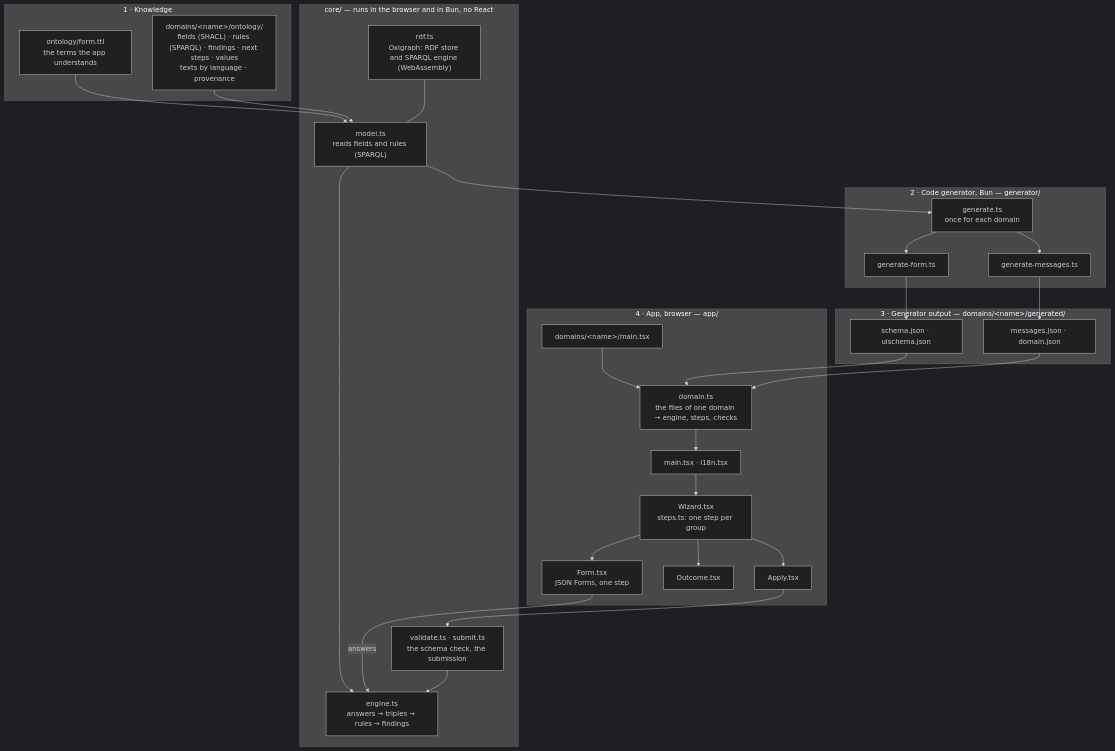
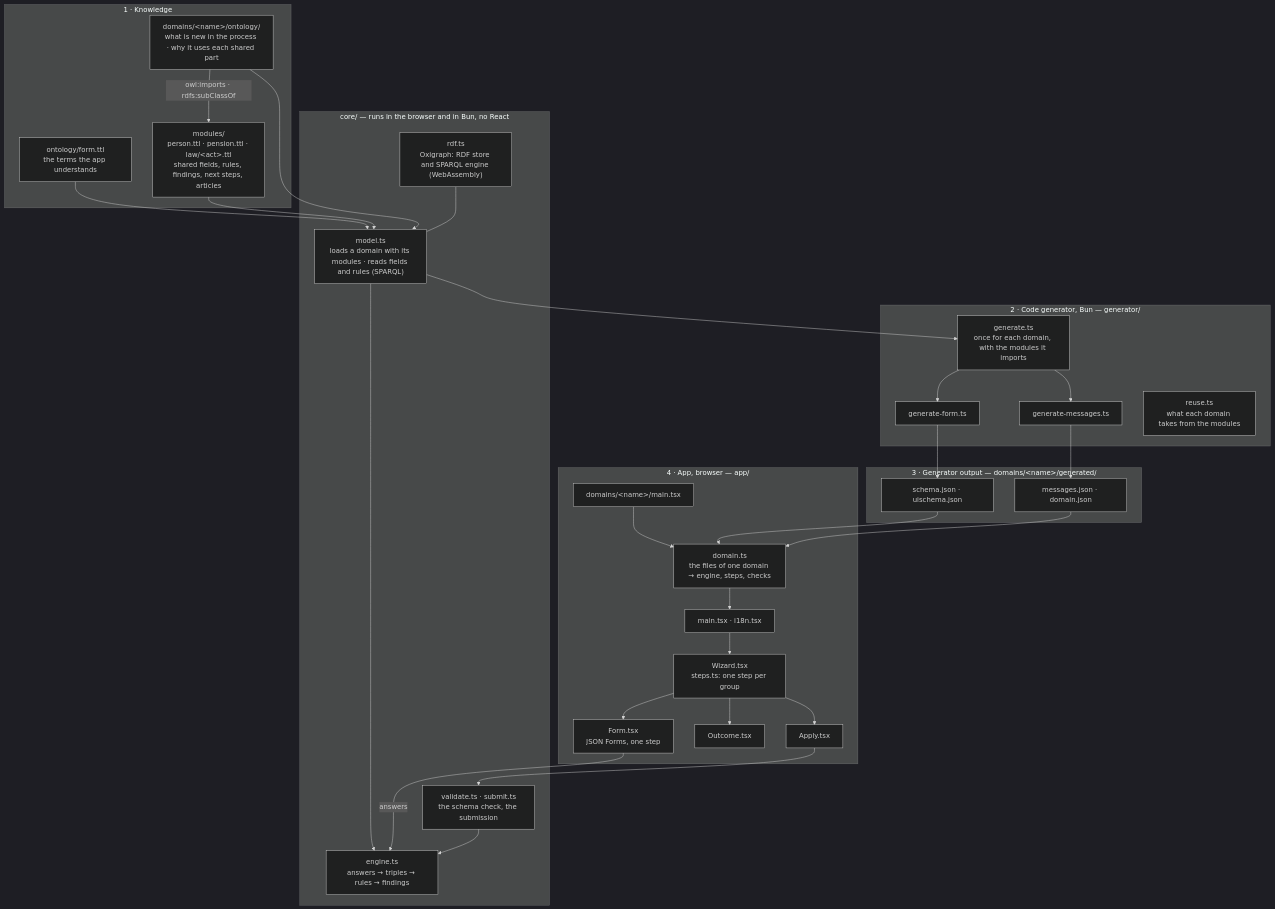
One commit to almilo/software-that-knows changed the diagram in eligibility/README.md. Above: the diagram before and after it, drawn with Mermaid (dark theme). The commit also changed other lines of this file and 30 other files, not shown here.

````diff
--- a/eligibility/README.md
+++ b/eligibility/README.md
@@ -22,40 +34,44 @@
 ```mermaid
 flowchart TB
   subgraph K["1 · Knowledge"]
     FORM["ontology/form.ttl<br/>the terms the app understands"]
-    TTL["domains/&lt;name&gt;/ontology/<br/>fields (SHACL) · rules (SPARQL) · findings · next steps · values<br/>texts by language · provenance"]
+    MOD["modules/<br/>person.ttl · pension.ttl · law/&lt;act&gt;.ttl<br/>shared fields, rules, findings, next steps, articles"]
+    TTL["domains/&lt;name&gt;/ontology/<br/>what is new in the process · why it uses each shared part"]
+    TTL -- "owl:imports · rdfs:subClassOf" --> MOD
   end
   subgraph G["2 · Code generator, Bun — generator/"]
-    GEN["generate.ts<br/>once for each domain"] --> FORMGEN["generate-form.ts"]
+    GEN["generate.ts<br/>once for each domain, with the modules it imports"] --> FORMGEN["generate-form.ts"]
     GEN --> MSG["generate-messages.ts"]
+    REUSE["reuse.ts<br/>what each domain takes from the modules"]
   end
   subgraph O["3 · Generator output — domains/&lt;name&gt;/generated/"]
     JSON1["schema.json · uischema.json"]
     JSON2["messages.json · domain.json"]
   end
   subgraph C["core/ — runs in the browser and in Bun, no React"]
-    MODEL["model.ts<br/>reads fields and rules (SPARQL)"]
+    MODEL["model.ts<br/>loads a domain with its modules · reads fields and rules (SPARQL)"]
     RDF["rdf.ts<br/>Oxigraph: RDF store and SPARQL engine (WebAssembly)"]
     EN["engine.ts<br/>answers → triples → rules → findings"]
     VAL["validate.ts · submit.ts<br/>the schema check, the submission"]
   end
   subgraph A["4 · App, browser — app/"]
     ENTRY["domains/&lt;name&gt;/main.tsx"] --> DOM["domain.ts<br/>the files of one domain → engine, steps, checks"]
     DOM --> MAIN["main.tsx · i18n.tsx"] --> WZ["Wizard.tsx<br/>steps.ts: one step per group"]
     WZ --> JF["Form.tsx<br/>JSON Forms, one step"]
     WZ --> OUT["Outcome.tsx"]
     WZ --> AP["Apply.tsx"]
   end
   FORM --> MODEL
+  MOD --> MODEL
   TTL --> MODEL
   MODEL --> GEN
   MODEL --> EN
   RDF --- MODEL
   JF -- "answers" --> EN
   AP --> VAL
   VAL --> EN
   FORMGEN --> JSON1
   MSG --> JSON2
   JSON1 --> DOM
   JSON2 --> DOM
 ```
````
